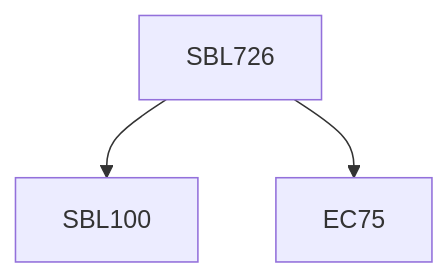
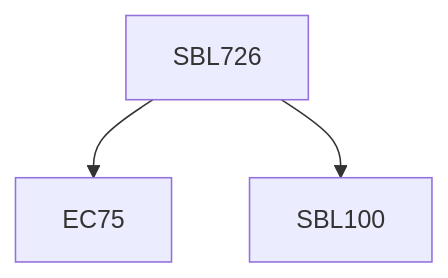
One commit to KeshavBansal0122/CoS_Website changed the diagram in content/Biological Sciences/SBL726.md. Above: the diagram before and after it, drawn with Mermaid. The commit also changed other lines of this file and 2662 other files, not shown here.

````diff
--- a/content/Biological Sciences/SBL726.md
+++ b/content/Biological Sciences/SBL726.md
@@ -13,9 +13,9 @@
 ```mermaid
 flowchart TD
 SBL726-1537[SBL726]
+SBL726-1537 --> EC75-1537[EC75]
 SBL726-1537 --> SBL100-1537[SBL100]
-SBL726-1537 --> EC75-1537[EC75]
 
 classDef empty height:17px, fill:transparent, stroke:transparent;
 classDef trueEmpty height:0px, width:0px;
 ```
````
